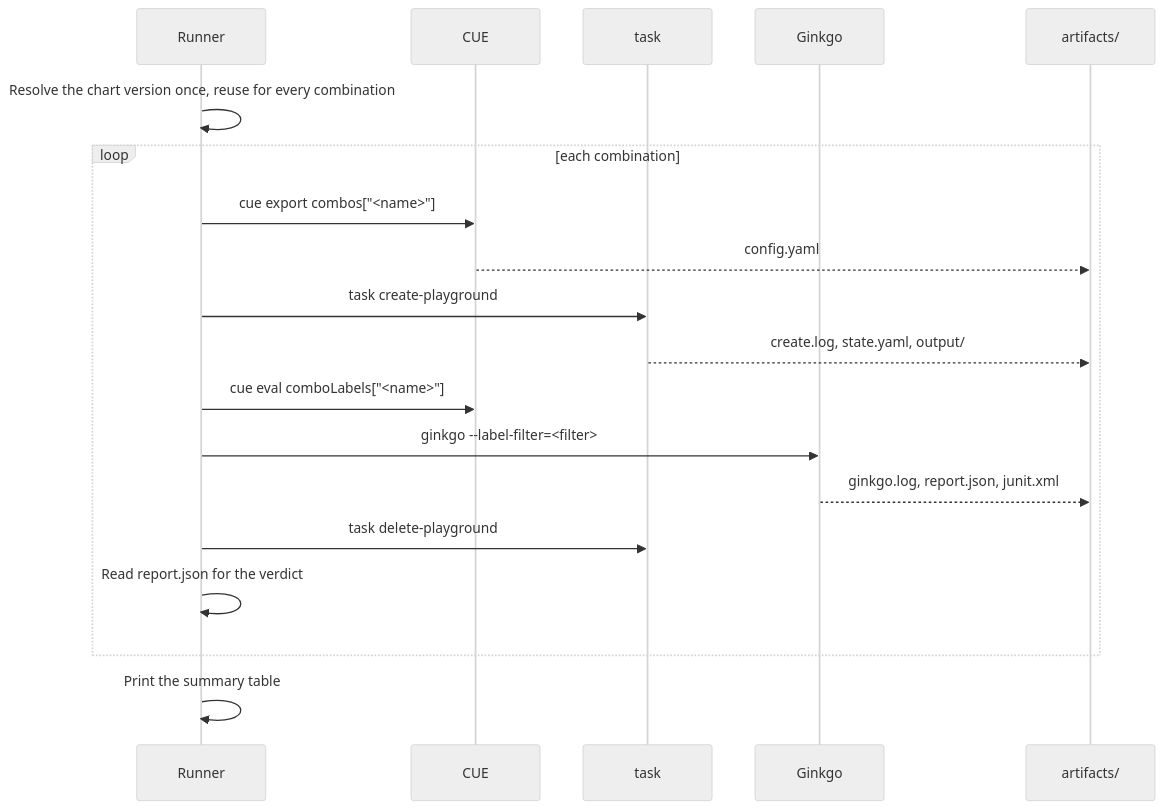
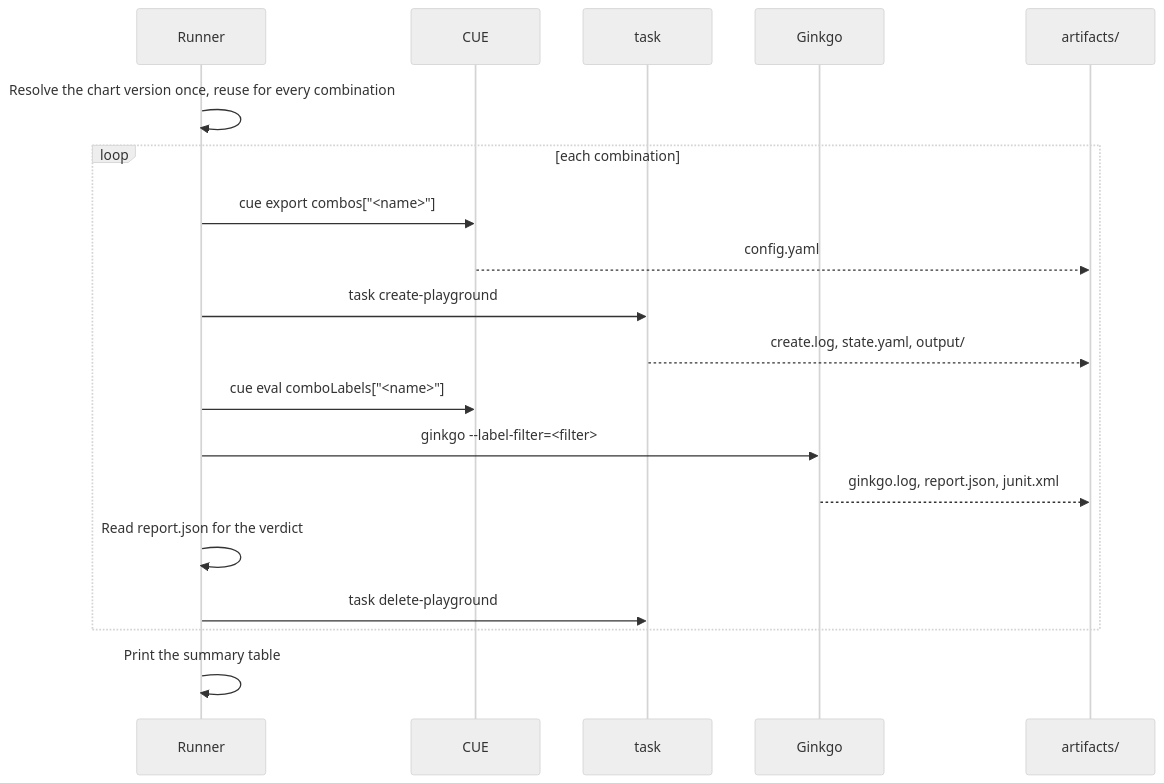
One commit to tinkerbell/playground changed the fourth of 4 diagrams in capt/docs/architecture-e2e.md. Above: the diagram before and after it, drawn with Mermaid (neutral theme). The commit also changed other lines of this file and 10 other files, not shown here.

````diff
--- a/capt/docs/architecture-e2e.md
+++ b/capt/docs/architecture-e2e.md
@@ -130,22 +130,22 @@
 ```mermaid
 sequenceDiagram
     participant R as Runner
     participant C as CUE
     participant T as task
     participant G as Ginkgo
     participant A as artifacts/
 
     R->>R: Resolve the chart version once, reuse for every combination
     loop each combination
         R->>C: cue export combos["<name>"]
         C-->>A: config.yaml
         R->>T: task create-playground
         T-->>A: create.log, state.yaml, output/
         R->>C: cue eval comboLabels["<name>"]
         R->>G: ginkgo --label-filter=<filter>
         G-->>A: ginkgo.log, report.json, junit.xml
+        R->>R: Read report.json for the verdict
         R->>T: task delete-playground
-        R->>R: Read report.json for the verdict
     end
     R->>R: Print the summary table
 ```
````
